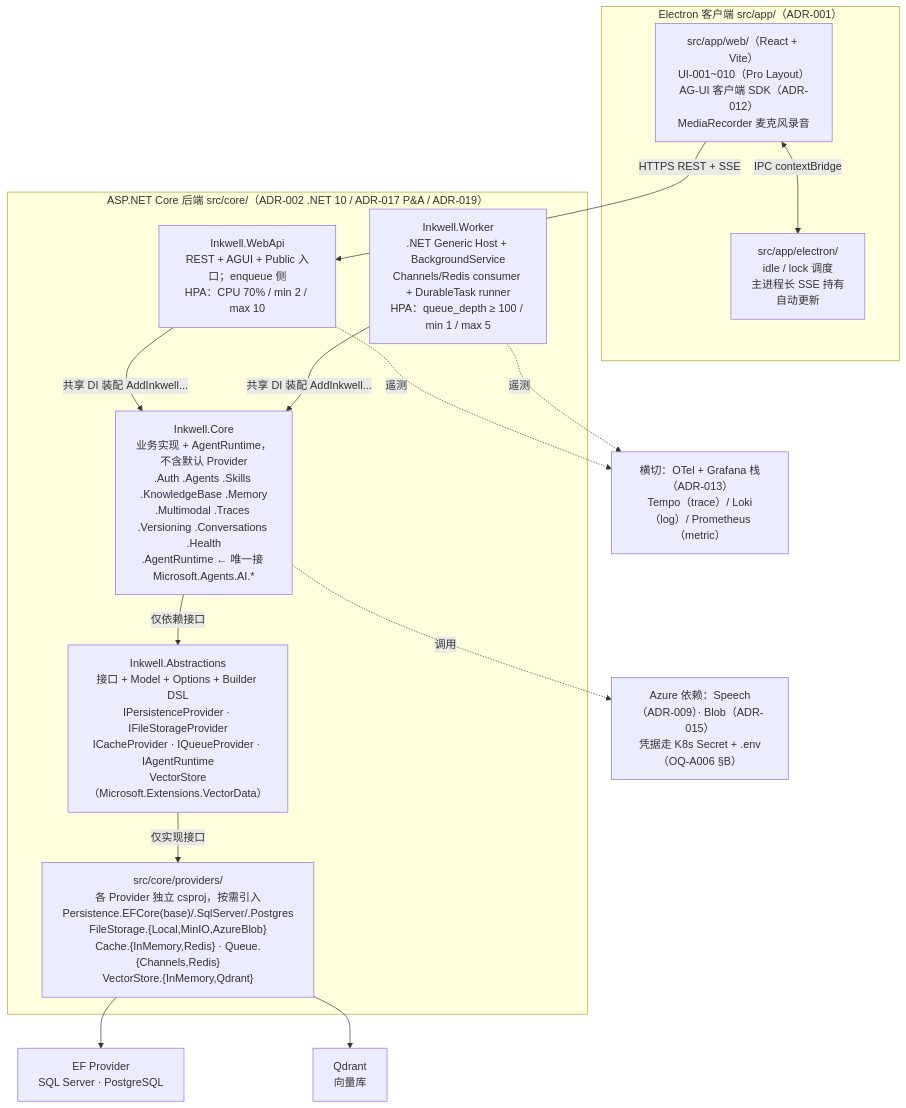
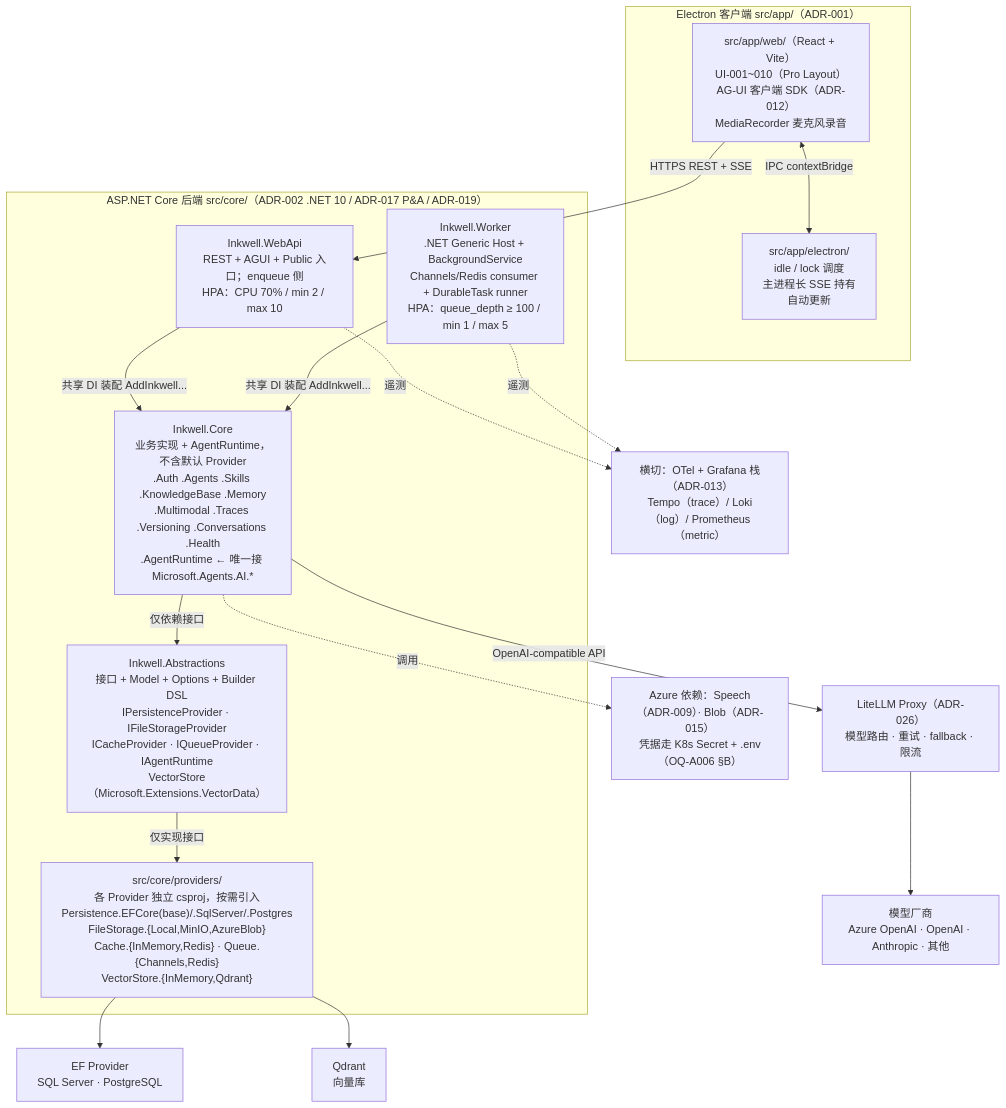
Before and after one commit to shuaihuadu/inkwell: the diagram in docs/03-architecture/architecture.md, drawn with Mermaid. The commit also changed other lines of this file and 17 other files, not shown here.

````diff
--- a/docs/03-architecture/architecture.md
+++ b/docs/03-architecture/architecture.md
@@ -39,35 +39,39 @@
 ```mermaid
 flowchart TB
     subgraph Client["Electron 客户端 src/app/（ADR-001）"]
         Web["src/app/web/（React + Vite）<br/>UI-001~010（Pro Layout）<br/>AG-UI 客户端 SDK（ADR-012）<br/>MediaRecorder 麦克风录音"]
         Main["src/app/electron/<br/>idle / lock 调度<br/>主进程长 SSE 持有<br/>自动更新"]
         Web <-->|IPC contextBridge| Main
     end
 
     subgraph Backend["ASP.NET Core 后端 src/core/（ADR-002 .NET 10 / ADR-017 P&A / ADR-019）"]
         WebApi["Inkwell.WebApi<br/>REST + AGUI + Public 入口；enqueue 侧<br/>HPA：CPU 70% / min 2 / max 10"]
         Worker["Inkwell.Worker<br/>.NET Generic Host + BackgroundService<br/>Channels/Redis consumer + DurableTask runner<br/>HPA：queue_depth ≥ 100 / min 1 / max 5"]
         Core["Inkwell.Core<br/>业务实现 + AgentRuntime，不含默认 Provider<br/>.Auth .Agents .Skills .KnowledgeBase .Memory<br/>.Multimodal .Traces .Versioning .Conversations .Health<br/>.AgentRuntime ← 唯一接 Microsoft.Agents.AI.*"]
         Abstractions["Inkwell.Abstractions<br/>接口 + Model + Options + Builder DSL<br/>IPersistenceProvider · IFileStorageProvider<br/>ICacheProvider · IQueueProvider · IAgentRuntime<br/>VectorStore（Microsoft.Extensions.VectorData）"]
         Providers["src/core/providers/<br/>各 Provider 独立 csproj，按需引入<br/>Persistence.EFCore(base)/.SqlServer/.Postgres<br/>FileStorage.{Local,MinIO,AzureBlob}<br/>Cache.{InMemory,Redis} · Queue.{Channels,Redis}<br/>VectorStore.{InMemory,Qdrant}"]
 
         WebApi -->|共享 DI 装配 AddInkwell...| Core
         Worker -->|共享 DI 装配 AddInkwell...| Core
         Core -->|仅依赖接口| Abstractions
         Abstractions -->|仅实现接口| Providers
     end
 
     Web -->|HTTPS REST + SSE| WebApi
 
     EF["EF Provider<br/>SQL Server · PostgreSQL"]
     Qdrant["Qdrant<br/>向量库"]
+    LiteLLM["LiteLLM Proxy（ADR-026）<br/>模型路由 · 重试 · fallback · 限流"]
+    LLM["模型厂商<br/>Azure OpenAI · OpenAI · Anthropic · 其他"]
     Providers --> EF
     Providers --> Qdrant
+    Core -->|OpenAI-compatible API| LiteLLM
+    LiteLLM --> LLM
 
     OTel["横切：OTel + Grafana 栈（ADR-013）<br/>Tempo（trace）/ Loki（log）/ Prometheus（metric）"]
     Azure["Azure 依赖：Speech（ADR-009）· Blob（ADR-015）<br/>凭据走 K8s Secret + .env（OQ-A006 §B）"]
 
     WebApi -.->|遥测| OTel
     Worker -.->|遥测| OTel
     Core -.->|调用| Azure
 ```
````
